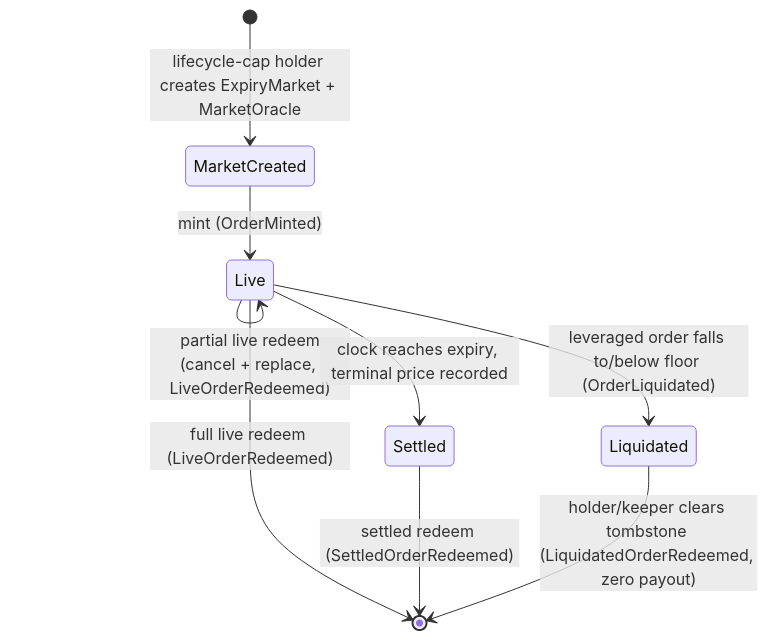
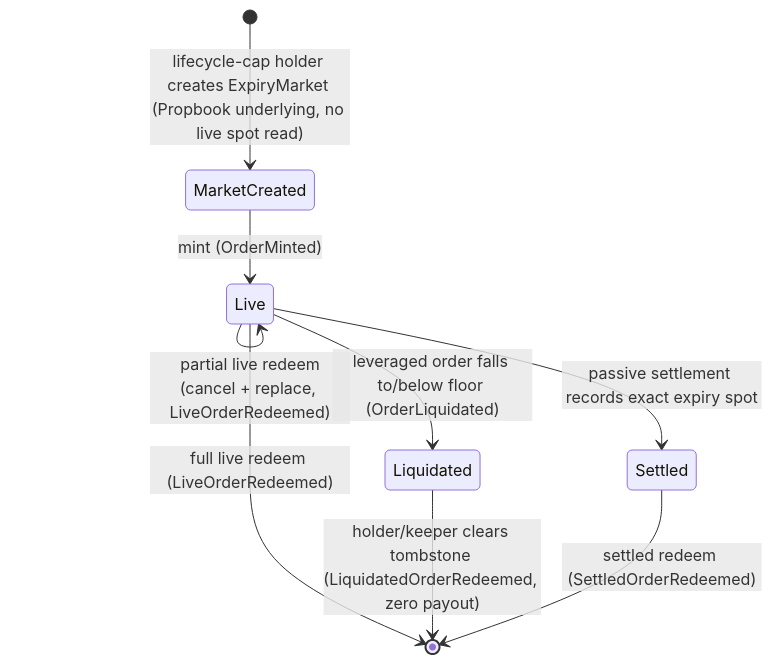
The diagram in packages/predict/docs/overview.md (MystenLabs/deepbookv3), drawn with Mermaid before and after one commit. The commit also changed other lines of this file and 236 other files, not shown here.

First line of the commit message:
Predict rework: propbook oracle, absolute-tick strikes, async NAV/LP, passive settlement, indexers (#1071)

````diff
--- a/packages/predict/docs/overview.md
+++ b/packages/predict/docs/overview.md
@@ -38,11 +50,11 @@
 ```mermaid
 stateDiagram-v2
-  [*] --> MarketCreated: lifecycle-cap holder creates ExpiryMarket + MarketOracle
+  [*] --> MarketCreated: lifecycle-cap holder creates ExpiryMarket (Propbook underlying, no live spot read)
   MarketCreated --> Live: mint (OrderMinted)
   Live --> Live: partial live redeem<br/>(cancel + replace, LiveOrderRedeemed)
   Live --> [*]: full live redeem (LiveOrderRedeemed)
   Live --> Liquidated: leveraged order falls to/below floor (OrderLiquidated)
-  Live --> Settled: clock reaches expiry, terminal price recorded
+  Liquidated --> [*]: holder/keeper clears tombstone (LiquidatedOrderRedeemed, zero payout)
+  Live --> Settled: passive settlement records exact expiry spot
   Settled --> [*]: settled redeem (SettledOrderRedeemed)
-  Liquidated --> [*]: holder/keeper clears tombstone (LiquidatedOrderRedeemed, zero payout)
 ```
````
